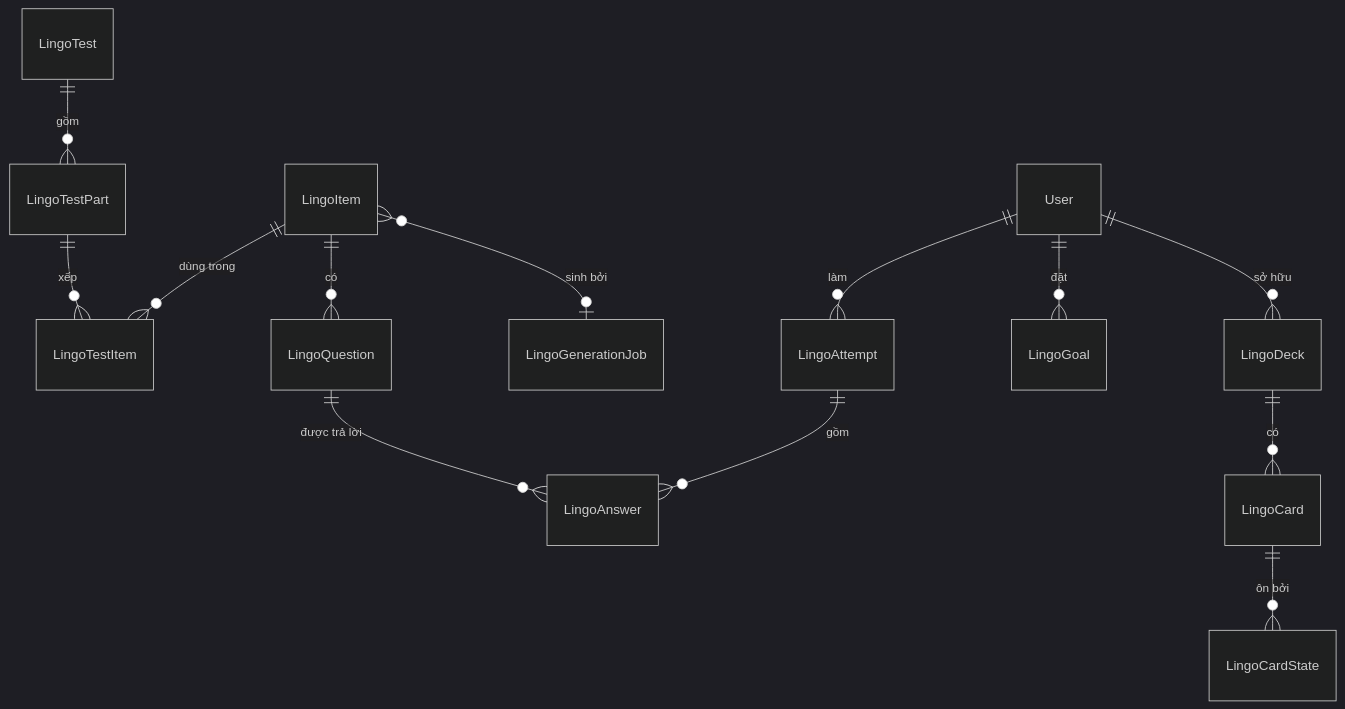
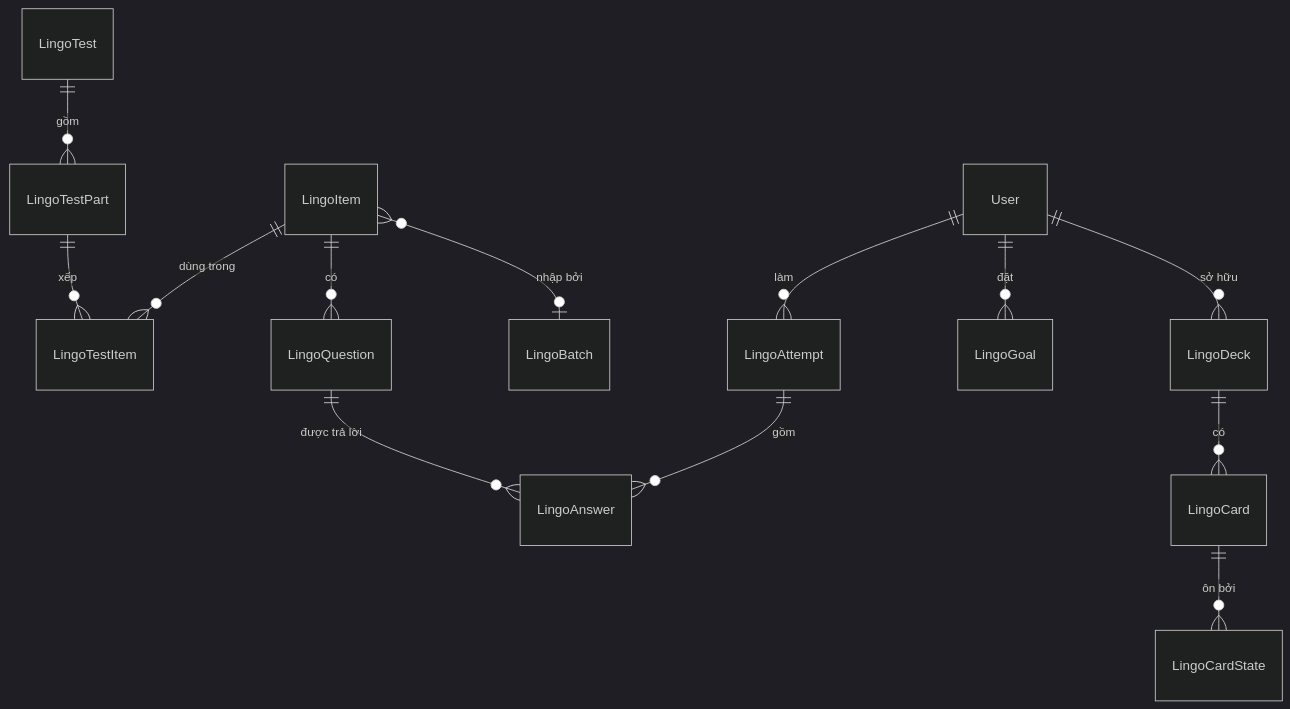
Before and after one commit to mwxgh/turbo: the second of 2 diagrams in docs/product/lingo.md, drawn with Mermaid (dark theme). The commit also changed other lines of this file, not shown here.

First line of the commit message:
docs(toeic): ship the MVP without AI generation, import content instead

````diff
--- a/docs/product/lingo.md
+++ b/docs/product/lingo.md
@@ -238,15 +268,15 @@
 ```mermaid
 erDiagram
   LingoTest ||--o{ LingoTestPart : "gồm"
   LingoTestPart ||--o{ LingoTestItem : "xếp"
   LingoItem ||--o{ LingoTestItem : "dùng trong"
   LingoItem ||--o{ LingoQuestion : "có"
-  LingoItem }o--o| LingoGenerationJob : "sinh bởi"
+  LingoItem }o--o| LingoBatch : "nhập bởi"
   LingoAttempt ||--o{ LingoAnswer : "gồm"
   LingoQuestion ||--o{ LingoAnswer : "được trả lời"
   User ||--o{ LingoAttempt : "làm"
   User ||--o{ LingoGoal : "đặt"
   LingoDeck ||--o{ LingoCard : "có"
   LingoCard ||--o{ LingoCardState : "ôn bởi"
   User ||--o{ LingoDeck : "sở hữu"
 ```
````
